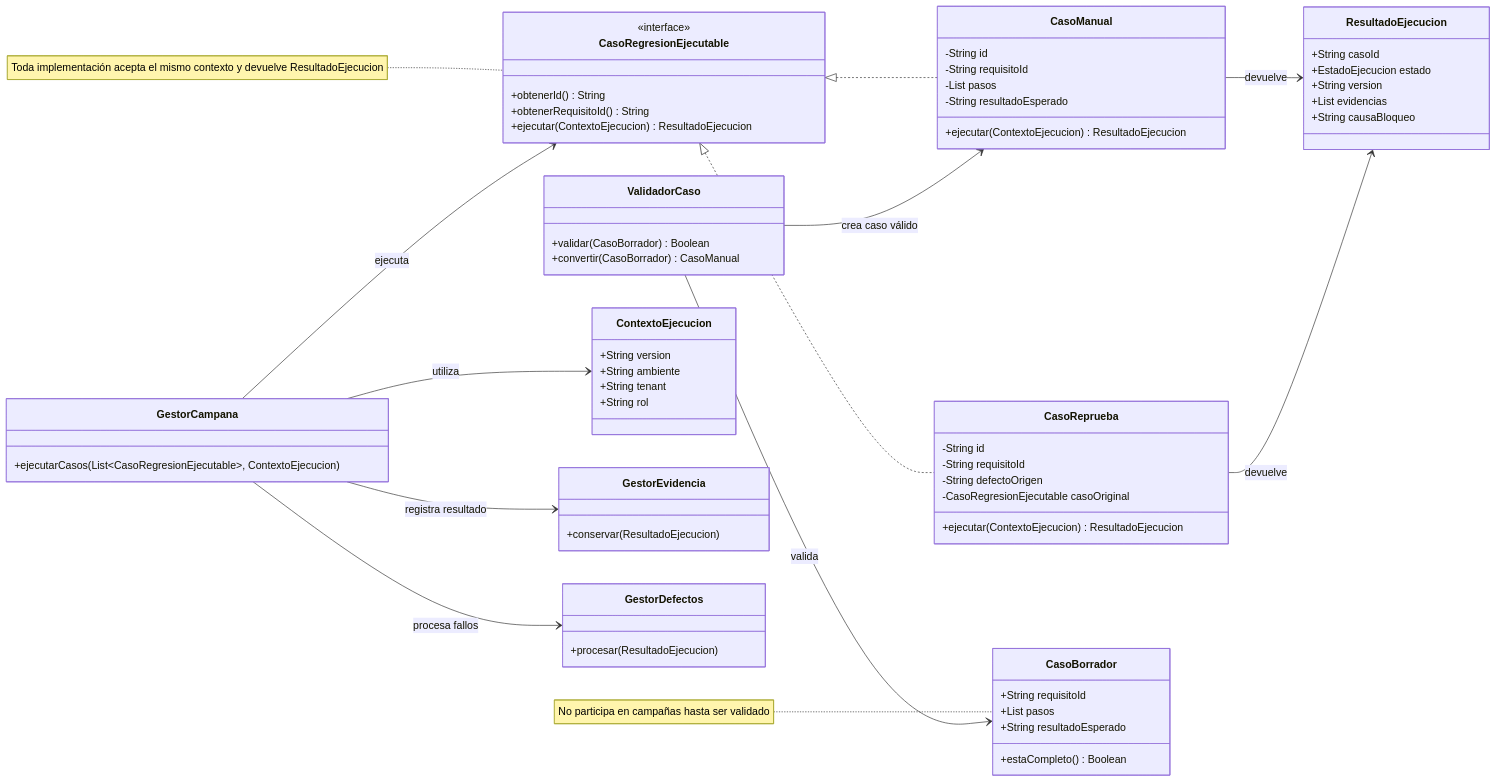
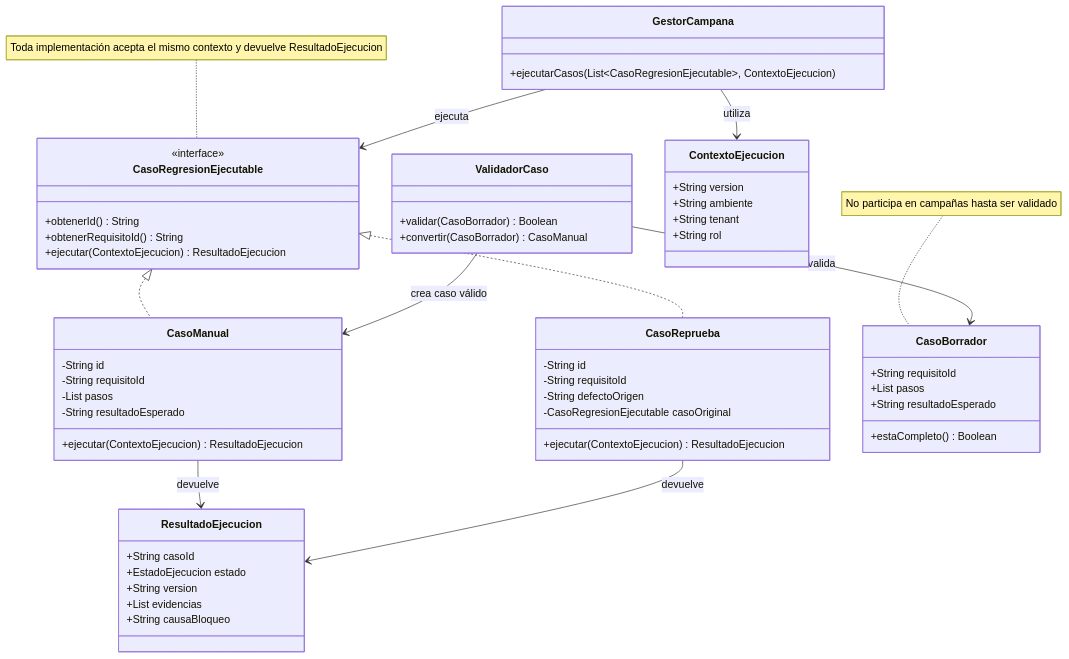
The diagram in week-02/diagramas/02-diseno-despues-lsp.mmd (DidhyerOrtiz/asii28-qa-funcional-tareas), drawn with Mermaid before and after one commit. The commit also changed 2 other files, not shown here.

Commit message:
docs: renderiza diagramas LSP

```diff
--- a/week-02/diagramas/02-diseno-despues-lsp.mmd
+++ b/week-02/diagramas/02-diseno-despues-lsp.mmd
@@ -1,78 +1,67 @@
 classDiagram
-    direction LR
+    direction TB
 
     class CasoRegresionEjecutable {
         <<interface>>
         +obtenerId() String
         +obtenerRequisitoId() String
         +ejecutar(ContextoEjecucion) ResultadoEjecucion
     }
 
     class CasoManual {
         -String id
         -String requisitoId
         -List pasos
         -String resultadoEsperado
         +ejecutar(ContextoEjecucion) ResultadoEjecucion
     }
 
     class CasoReprueba {
         -String id
         -String requisitoId
         -String defectoOrigen
         -CasoRegresionEjecutable casoOriginal
         +ejecutar(ContextoEjecucion) ResultadoEjecucion
     }
 
     class CasoBorrador {
         +String requisitoId
         +List pasos
         +String resultadoEsperado
         +estaCompleto() Boolean
     }
 
     class ValidadorCaso {
         +validar(CasoBorrador) Boolean
         +convertir(CasoBorrador) CasoManual
     }
 
     class ContextoEjecucion {
         +String version
         +String ambiente
         +String tenant
         +String rol
     }
 
     class ResultadoEjecucion {
         +String casoId
         +EstadoEjecucion estado
         +String version
         +List evidencias
         +String causaBloqueo
     }
 
     class GestorCampana {
         +ejecutarCasos(List~CasoRegresionEjecutable~, ContextoEjecucion)
     }
 
-    class GestorEvidencia {
-        +conservar(ResultadoEjecucion)
-    }
-
-    class GestorDefectos {
-        +procesar(ResultadoEjecucion)
-    }
-
     CasoRegresionEjecutable <|.. CasoManual
     CasoRegresionEjecutable <|.. CasoReprueba
     GestorCampana --> CasoRegresionEjecutable : ejecuta
     GestorCampana --> ContextoEjecucion : utiliza
     CasoManual --> ResultadoEjecucion : devuelve
     CasoReprueba --> ResultadoEjecucion : devuelve
     ValidadorCaso --> CasoBorrador : valida
     ValidadorCaso --> CasoManual : crea caso válido
-    GestorCampana --> GestorEvidencia : registra resultado
-    GestorCampana --> GestorDefectos : procesa fallos
-
     note for CasoRegresionEjecutable "Toda implementación acepta el mismo contexto y devuelve ResultadoEjecucion"
     note for CasoBorrador "No participa en campañas hasta ser validado"
```
